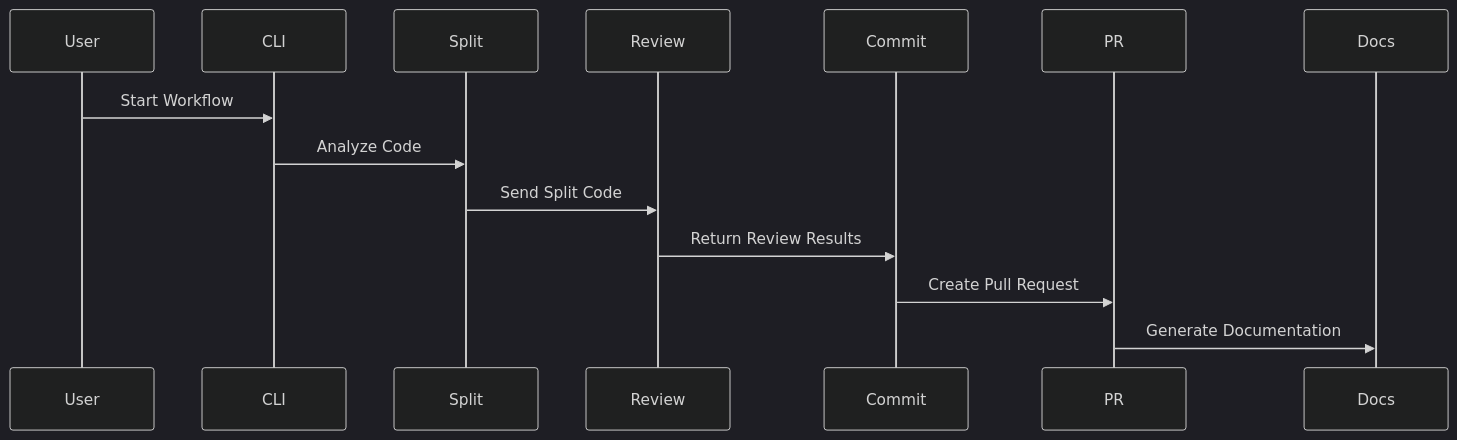
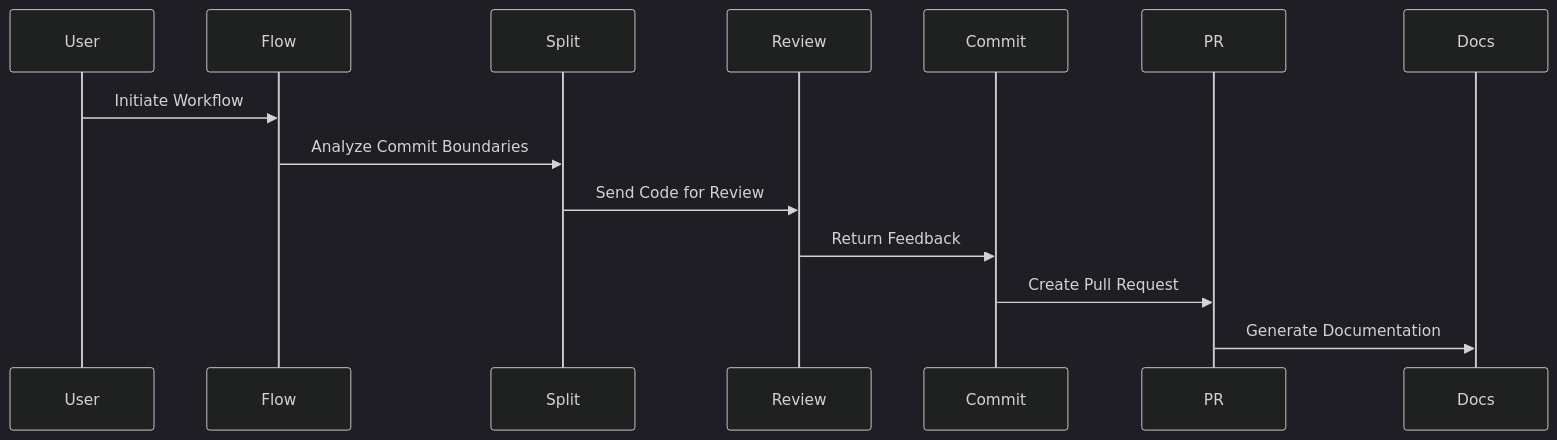
The third of 3 diagrams in docs/architecture.md (geogoesbeepboop/refiner), drawn with Mermaid (dark theme) before and after one commit. The commit also changed other lines of this file and 9 other files, not shown here.

````diff
--- a/docs/architecture.md
+++ b/docs/architecture.md
@@ -143,17 +146,17 @@
 ```mermaid
 sequenceDiagram
     participant User
-    participant CLI
+    participant Flow
     participant Split
     participant Review
     participant Commit
     participant PR
     participant Docs
 
-    User->>CLI: Start Workflow
-    CLI->>Split: Analyze Code
-    Split->>Review: Send Split Code
-    Review->>Commit: Return Review Results
+    User->>Flow: Initiate Workflow
+    Flow->>Split: Analyze Commit Boundaries
+    Split->>Review: Send Code for Review
+    Review->>Commit: Return Feedback
     Commit->>PR: Create Pull Request
     PR->>Docs: Generate Documentation
 ```
````
